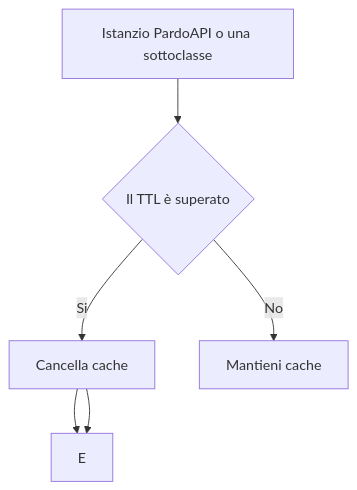
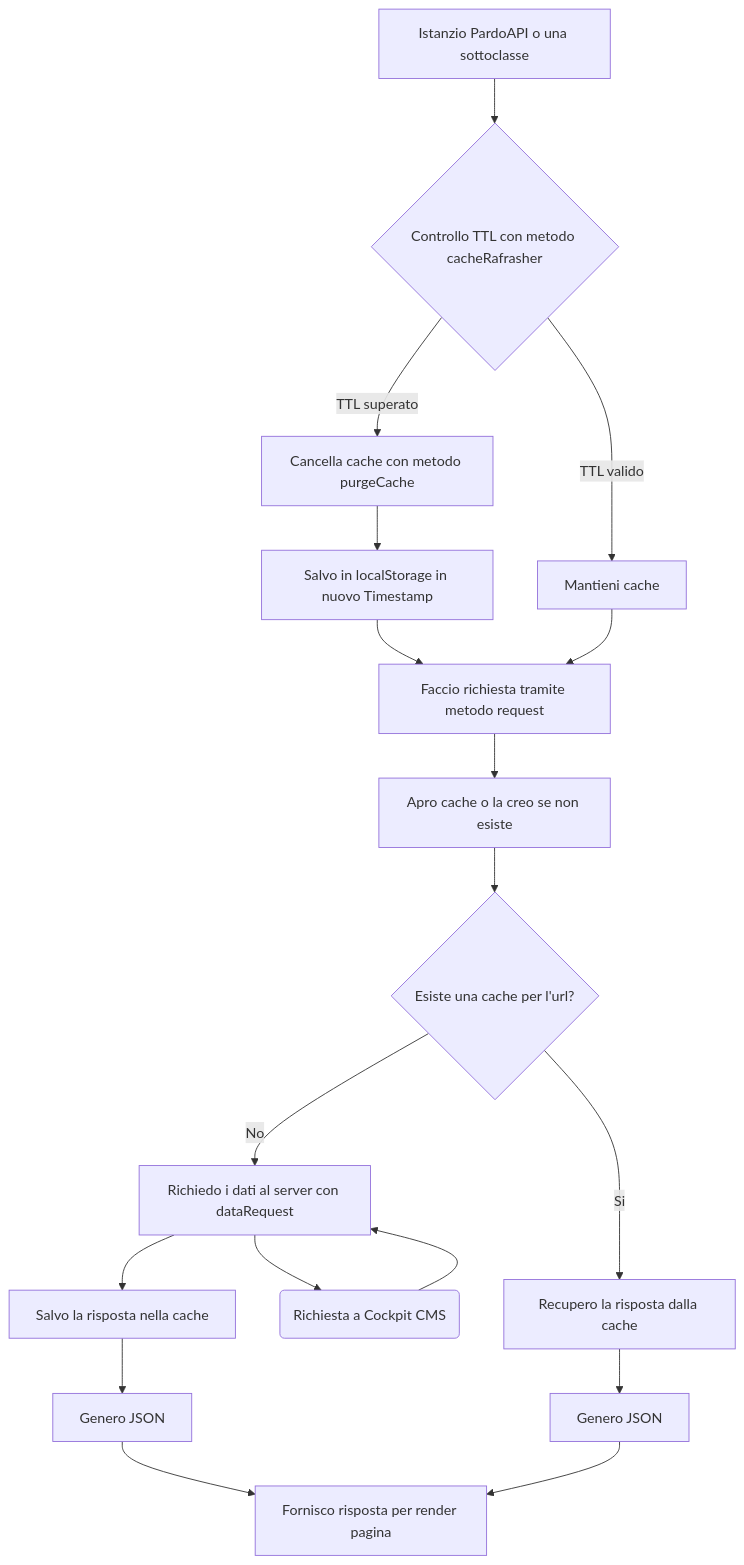
The diagram in README.md (simonevannuccipardo/PardoAPI), drawn with Mermaid before and after one commit.

````diff
--- a/README.md
+++ b/README.md
@@ -54,8 +54,20 @@
 ```mermaid
 graph TD;
-    A[Istanzio PardoAPI o una sottoclasse] --> B{Il TTL è superato};
-    B --> |Si| C[Cancella cache]
-    B --> |No| D[Mantieni cache]
-    C --> E
-    C --> E
+    A[Istanzio PardoAPI o una sottoclasse] --> B{Controllo TTL con metodo cacheRafrasher}
+    B -->|TTL superato| C[Cancella cache con metodo purgeCache] 
+    B -->|TTL valido| D[Mantieni cache]
+    C --> S[Salvo in localStorage in nuovo Timestamp]
+    S --> E
+    D --> E
+    E[Faccio richiesta tramite metodo request] --> F[Apro cache o la creo se non esiste]
+    F --> G{Esiste una cache per l'url?}
+    G -->|No| H[Richiedo i dati al server con dataRequest]
+    H --> T[Salvo la risposta nella cache]
+    T --> U[Genero JSON]
+    G -->|Si| I[Recupero la risposta dalla cache]
+    I --> V[Genero JSON]
+    U --> L[Fornisco risposta per render pagina]
+    V --> L
+    H --> W(Richiesta a Cockpit CMS)
+    W --> H
 ```
````
